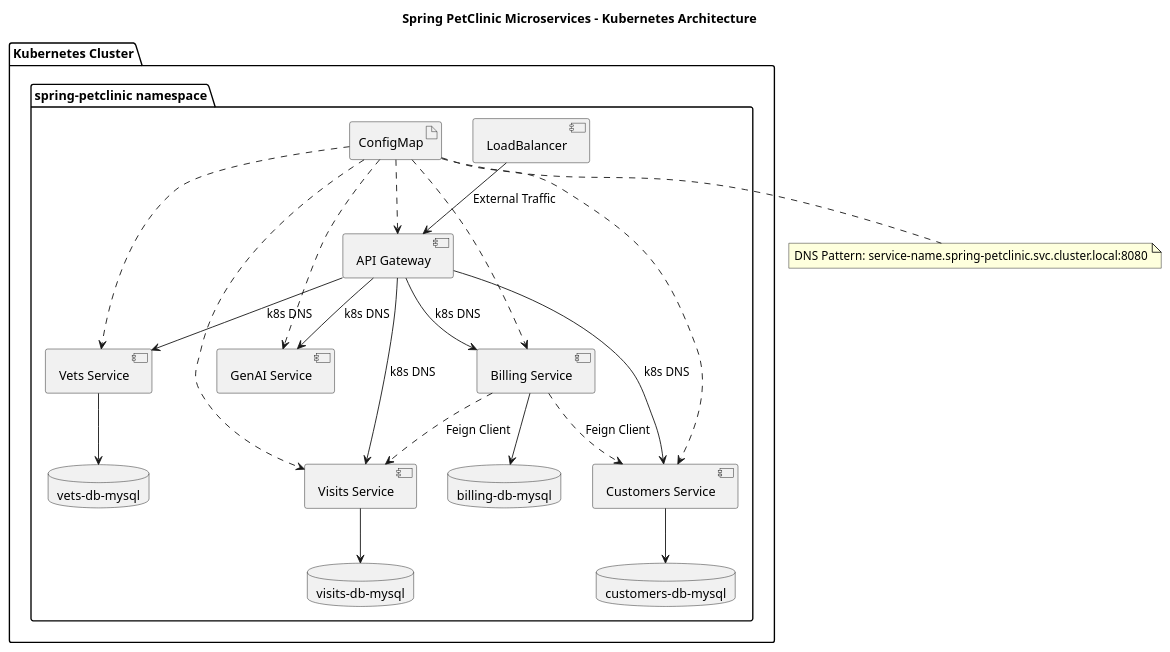
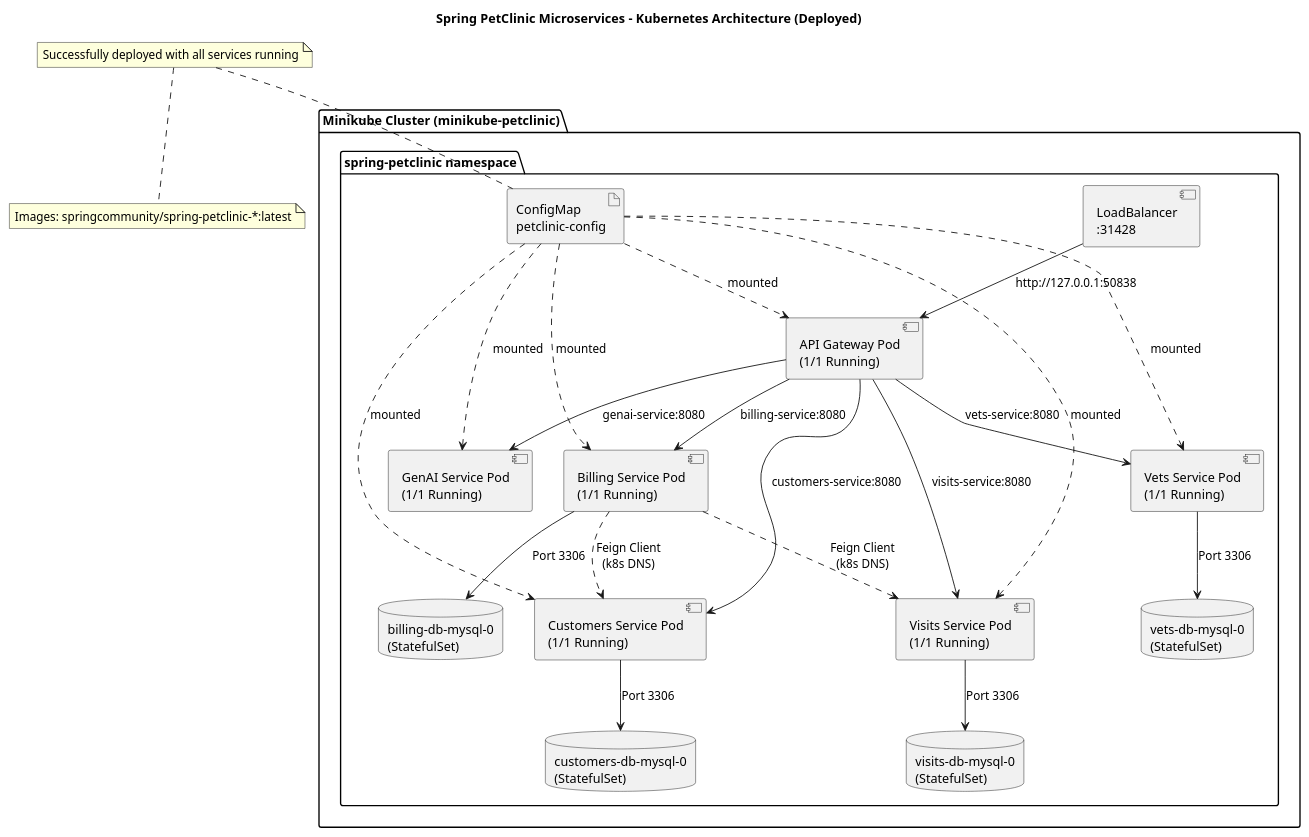
Before and after one commit to jheinen-hka/spring-petclinic-microservices: the diagram in k8s-architecture.puml, drawn with PlantUML. The commit also changed 3 other files, not shown here.

```diff
--- a/k8s-architecture.puml
+++ b/k8s-architecture.puml
@@ -1,48 +1,49 @@
 @startuml k8s-petclinic-architecture
-title Spring PetClinic Microservices - Kubernetes Architecture
+title Spring PetClinic Microservices - Kubernetes Architecture (Deployed)
 
-package "Kubernetes Cluster" {
+package "Minikube Cluster (minikube-petclinic)" {
     package "spring-petclinic namespace" {
         
-        component "LoadBalancer" as lb
-        component "API Gateway" as gw
-        component "Customers Service" as customers
-        component "Vets Service" as vets
-        component "Visits Service" as visits
-        component "Billing Service" as billing
-        component "GenAI Service" as genai
+        component "LoadBalancer\n:31428" as lb
+        component "API Gateway Pod\n(1/1 Running)" as gw
+        component "Customers Service Pod\n(1/1 Running)" as customers
+        component "Vets Service Pod\n(1/1 Running)" as vets
+        component "Visits Service Pod\n(1/1 Running)" as visits
+        component "Billing Service Pod\n(1/1 Running)" as billing
+        component "GenAI Service Pod\n(1/1 Running)" as genai
         
-        database "customers-db-mysql" as custdb
-        database "vets-db-mysql" as vetsdb
-        database "visits-db-mysql" as visitsdb
-        database "billing-db-mysql" as billdb
+        database "customers-db-mysql-0\n(StatefulSet)" as custdb
+        database "vets-db-mysql-0\n(StatefulSet)" as vetsdb
+        database "visits-db-mysql-0\n(StatefulSet)" as visitsdb
+        database "billing-db-mysql-0\n(StatefulSet)" as billdb
         
-        artifact "ConfigMap" as cm
+        artifact "ConfigMap\npetclinic-config" as cm
         
-        lb --> gw : "External Traffic"
-        gw --> customers : "k8s DNS"
-        gw --> vets : "k8s DNS"
-        gw --> visits : "k8s DNS"
-        gw --> billing : "k8s DNS"
-        gw --> genai : "k8s DNS"
+        lb --> gw : "http://127.0.0.1:50838"
+        gw --> customers : "customers-service:8080"
+        gw --> vets : "vets-service:8080"
+        gw --> visits : "visits-service:8080"
+        gw --> billing : "billing-service:8080"
+        gw --> genai : "genai-service:8080"
         
-        billing ..> customers : "Feign Client"
-        billing ..> visits : "Feign Client"
+        billing ..> customers : "Feign Client\n(k8s DNS)"
+        billing ..> visits : "Feign Client\n(k8s DNS)"
         
-        customers --> custdb
-        vets --> vetsdb
-        visits --> visitsdb
-        billing --> billdb
+        customers --> custdb : "Port 3306"
+        vets --> vetsdb : "Port 3306"
+        visits --> visitsdb : "Port 3306"
+        billing --> billdb : "Port 3306"
         
-        cm ..> gw
-        cm ..> customers
-        cm ..> vets
-        cm ..> visits
-        cm ..> billing
-        cm ..> genai
+        cm ..> gw : "mounted"
+        cm ..> customers : "mounted"
+        cm ..> vets : "mounted"
+        cm ..> visits : "mounted"
+        cm ..> billing : "mounted"
+        cm ..> genai : "mounted"
     }
 }
 
-note bottom : DNS Pattern: service-name.spring-petclinic.svc.cluster.local:8080
+note top : Successfully deployed with all services running
+note bottom : Images: springcommunity/spring-petclinic-*:latest
 
 @enduml
```
